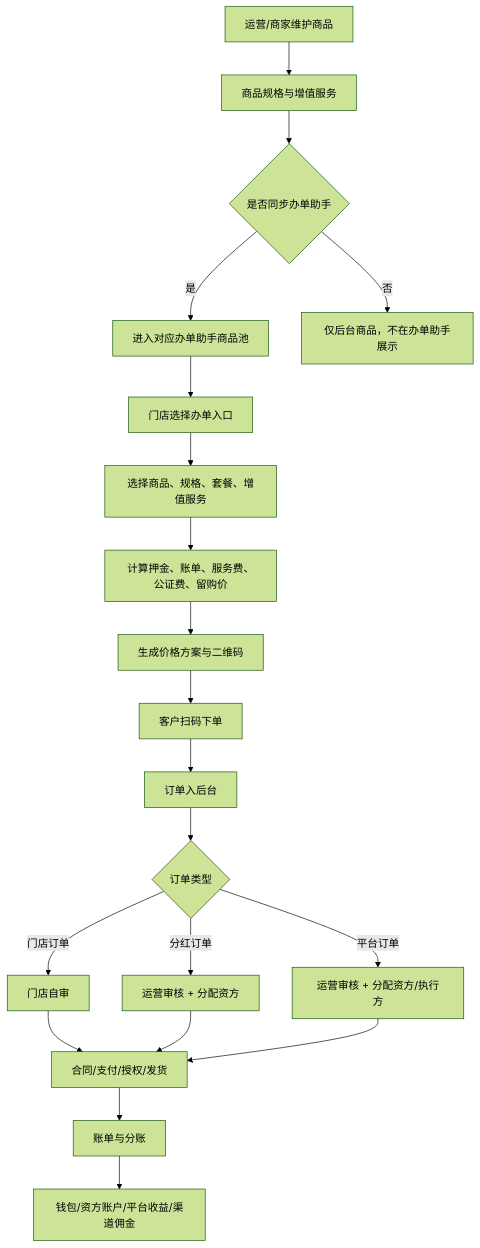
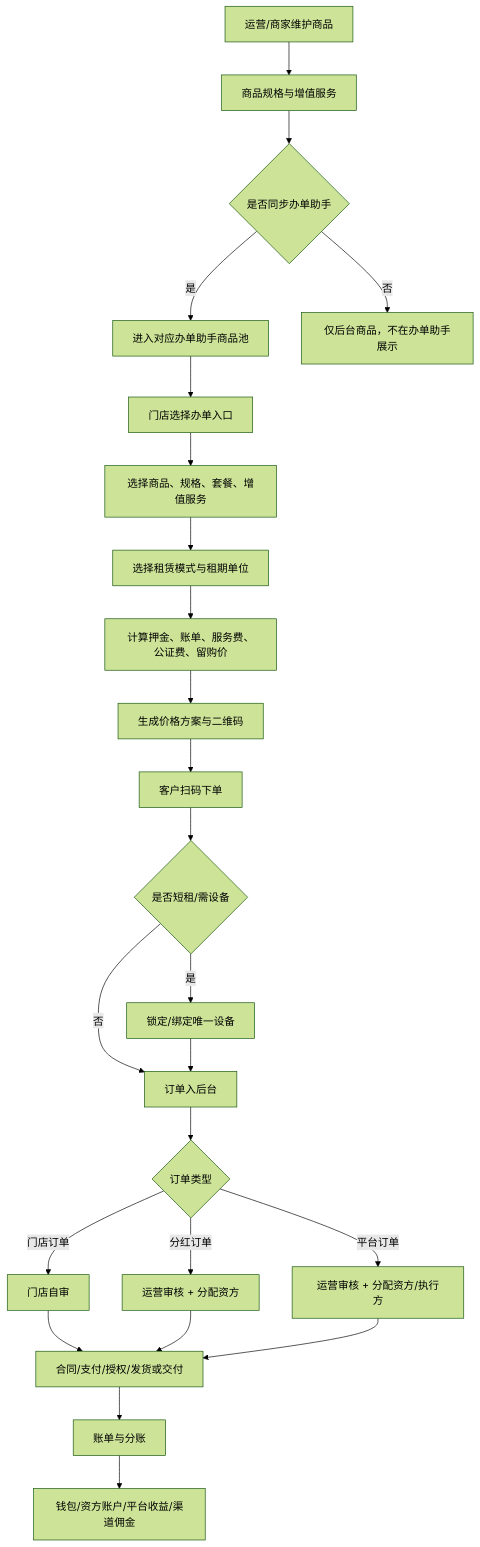
One commit to joezjyan-bot/mandian-prd changed the diagram in PRD/V0.2/03_商品办单助手订单核心链路.md. Above: the diagram before and after it, drawn with Mermaid (forest theme). The commit also changed other lines of this file and 7 other files, not shown here.

````diff
--- a/PRD/V0.2/03_商品办单助手订单核心链路.md
+++ b/PRD/V0.2/03_商品办单助手订单核心链路.md
@@ -9,22 +9,26 @@
 ```mermaid
 flowchart TD
     A["运营/商家维护商品"] --> B["商品规格与增值服务"]
     B --> C{"是否同步办单助手"}
     C -->|是| D["进入对应办单助手商品池"]
     C -->|否| E["仅后台商品，不在办单助手展示"]
     D --> F["门店选择办单入口"]
     F --> G["选择商品、规格、套餐、增值服务"]
-    G --> H["计算押金、账单、服务费、公证费、留购价"]
-    H --> I["生成价格方案与二维码"]
-    I --> J["客户扫码下单"]
-    J --> K["订单入后台"]
-    K --> L{"订单类型"}
-    L -->|门店订单| M["门店自审"]
-    L -->|分红订单| N["运营审核 + 分配资方"]
-    L -->|平台订单| O["运营审核 + 分配资方/执行方"]
-    M --> P["合同/支付/授权/发货"]
-    N --> P
-    O --> P
-    P --> Q["账单与分账"]
-    Q --> R["钱包/资方账户/平台收益/渠道佣金"]
+    G --> H["选择租赁模式与租期单位"]
+    H --> I["计算押金、账单、服务费、公证费、留购价"]
+    I --> J["生成价格方案与二维码"]
+    J --> K["客户扫码下单"]
+    K --> K1{"是否短租/需设备"}
+    K1 -->|是| K2["锁定/绑定唯一设备"]
+    K1 -->|否| L["订单入后台"]
+    K2 --> L
+    L --> M{"订单类型"}
+    M -->|门店订单| N["门店自审"]
+    M -->|分红订单| O["运营审核 + 分配资方"]
+    M -->|平台订单| P["运营审核 + 分配资方/执行方"]
+    N --> Q["合同/支付/授权/发货或交付"]
+    O --> Q
+    P --> Q
+    Q --> R["账单与分账"]
+    R --> S["钱包/资方账户/平台收益/渠道佣金"]
 ```
````
